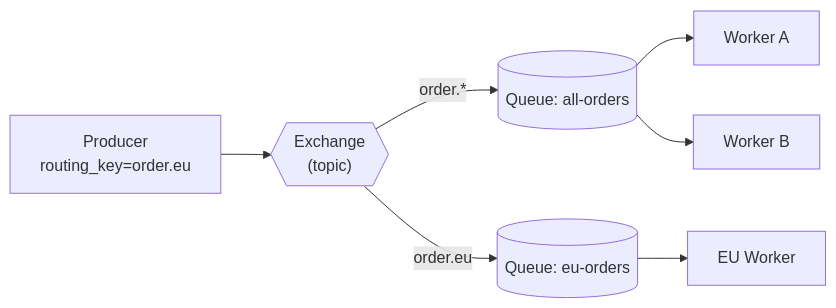
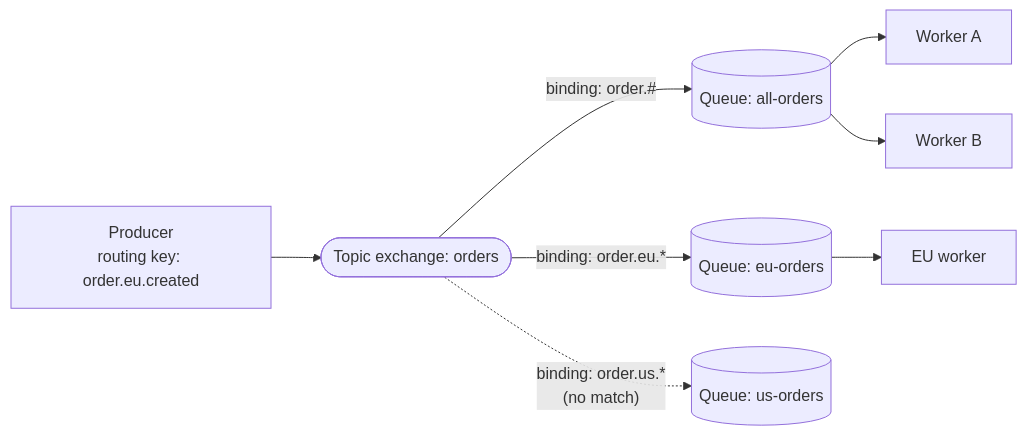
The sixth of 9 diagrams in github-pages/docs/event-driven/message-brokers.md (AndrewAltimit/Documentation), drawn with Mermaid before and after one commit. The commit also changed other lines of this file and 240 other files, not shown here.

````diff
--- a/github-pages/docs/event-driven/message-brokers.md
+++ b/github-pages/docs/event-driven/message-brokers.md
@@ -232,9 +297,10 @@
 ```mermaid
 flowchart LR
-    P["Producer<br/>routing_key=order.eu"] --> X{{"Exchange<br/>(topic)"}}
-    X -- "order.*" --> Q1[("Queue: all-orders")]
-    X -- "order.eu" --> Q2[("Queue: eu-orders")]
+    P["Producer<br/>routing key: order.eu.created"] --> X(["Topic exchange: orders"])
+    X -- "binding: order.#" --> Q1[("Queue: all-orders")]
+    X -- "binding: order.eu.*" --> Q2[("Queue: eu-orders")]
+    X -. "binding: order.us.*<br/>(no match)" .-> Q3[("Queue: us-orders")]
     Q1 --> C1["Worker A"]
     Q1 --> C2["Worker B"]
-    Q2 --> C3["EU Worker"]
+    Q2 --> C3["EU worker"]
 ```
````
